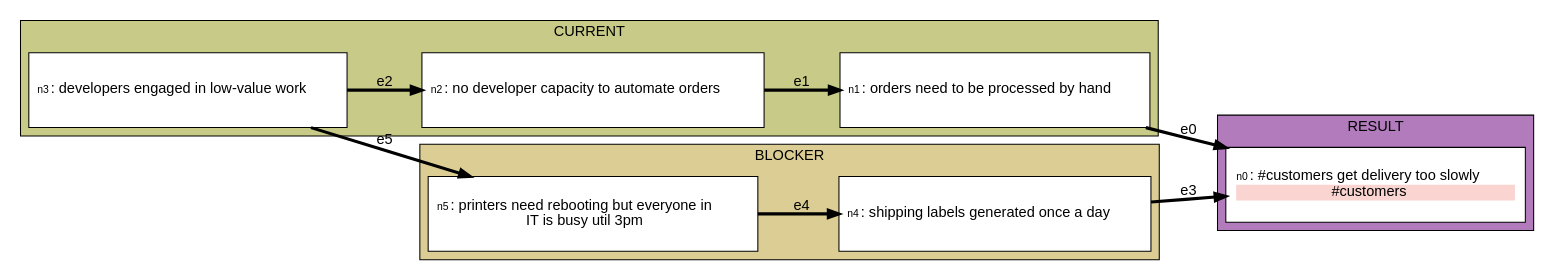
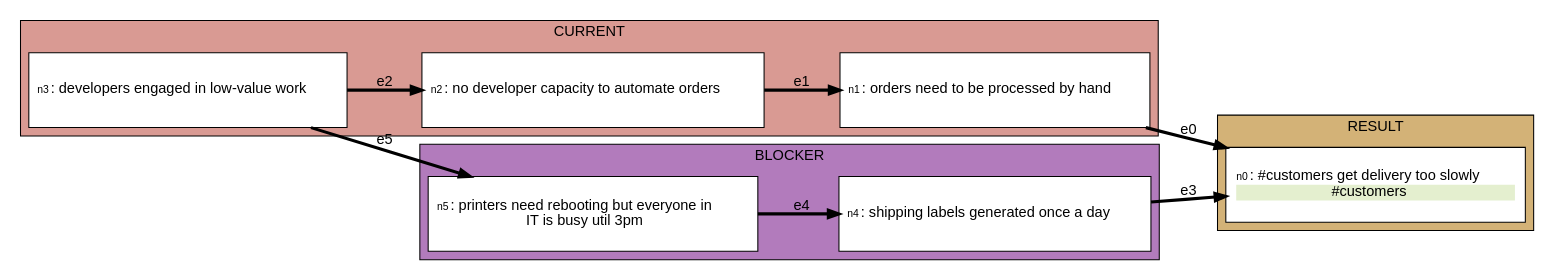
One commit to stevecooperorg/microdot changed the diagram in examples/business_example_1.dot. Above: the diagram before and after it, drawn with Graphviz. The commit also changed 10 other files, not shown here.

```diff
--- a/examples/business_example_1.dot
+++ b/examples/business_example_1.dot
@@ -1,75 +1,75 @@
 digraph {
 
     graph [fontname = "helvetica" rankdir="LR" ranksep=0.75 nodesep=0.5];
     node [fontname = "helvetica" shape = "box" width=4 style=filled];
     edge [fontname = "helvetica" penwidth=3 color="#000000"];
 
   subgraph cluster_BLOCKER {
   label="BLOCKER"
-  bgcolor="#DBCD93"
+  bgcolor="#B27BBC"
     n4 [width=4 height=1 label=< <TABLE BORDER="0" CELLPADDING="0" CELLSPACING="0">
     <TR>
         <TD COLSPAN="1"><FONT POINT-SIZE="10">n4</FONT>: shipping labels generated once a day</TD>
     </TR>
     
    </TABLE>
 > fillcolor="#FFFFFF"]
     n5 [width=4 height=1 label=< <TABLE BORDER="0" CELLPADDING="0" CELLSPACING="0">
     <TR>
         <TD COLSPAN="1"><FONT POINT-SIZE="10">n5</FONT>: printers need rebooting but everyone in<br/>IT is busy util 3pm</TD>
     </TR>
     
    </TABLE>
 > fillcolor="#FFFFFF"]
   }
   subgraph cluster_CURRENT {
   label="CURRENT"
-  bgcolor="#C8CA87"
+  bgcolor="#D99A93"
     n1 [width=4 height=1 label=< <TABLE BORDER="0" CELLPADDING="0" CELLSPACING="0">
     <TR>
         <TD COLSPAN="1"><FONT POINT-SIZE="10">n1</FONT>: orders need to be processed by hand</TD>
     </TR>
     
    </TABLE>
 > fillcolor="#FFFFFF"]
     n2 [width=4 height=1 label=< <TABLE BORDER="0" CELLPADDING="0" CELLSPACING="0">
     <TR>
         <TD COLSPAN="1"><FONT POINT-SIZE="10">n2</FONT>: no developer capacity to automate orders</TD>
     </TR>
     
    </TABLE>
 > fillcolor="#FFFFFF"]
     n3 [width=4 height=1 label=< <TABLE BORDER="0" CELLPADDING="0" CELLSPACING="0">
     <TR>
         <TD COLSPAN="1"><FONT POINT-SIZE="10">n3</FONT>: developers engaged in low-value work</TD>
     </TR>
     
    </TABLE>
 > fillcolor="#FFFFFF"]
   }
   subgraph cluster_RESULT {
   label="RESULT"
-  bgcolor="#B27BBC"
+  bgcolor="#D3B277"
     n0 [width=4 height=1 label=< <TABLE BORDER="0" CELLPADDING="0" CELLSPACING="0">
     <TR>
         <TD COLSPAN="1"><FONT POINT-SIZE="10">n0</FONT>: #customers get delivery too slowly</TD>
     </TR>
     
         
            <TR>
-<TD BGCOLOR="#F9D4D0"><FONT COLOR="#000000">#customers</FONT></TD>
+<TD BGCOLOR="#E4EFCF"><FONT COLOR="#000000">#customers</FONT></TD>
 </TR>
         
     
    </TABLE>
 > fillcolor="#FFFFFF"]
   }
 
     "n1" -> "n0" [label="e0"];
     "n2" -> "n1" [label="e1"];
     "n3" -> "n2" [label="e2"];
     "n4" -> "n0" [label="e3"];
     "n5" -> "n4" [label="e4"];
     "n3" -> "n5" [label="e5"];
 
 }
```
